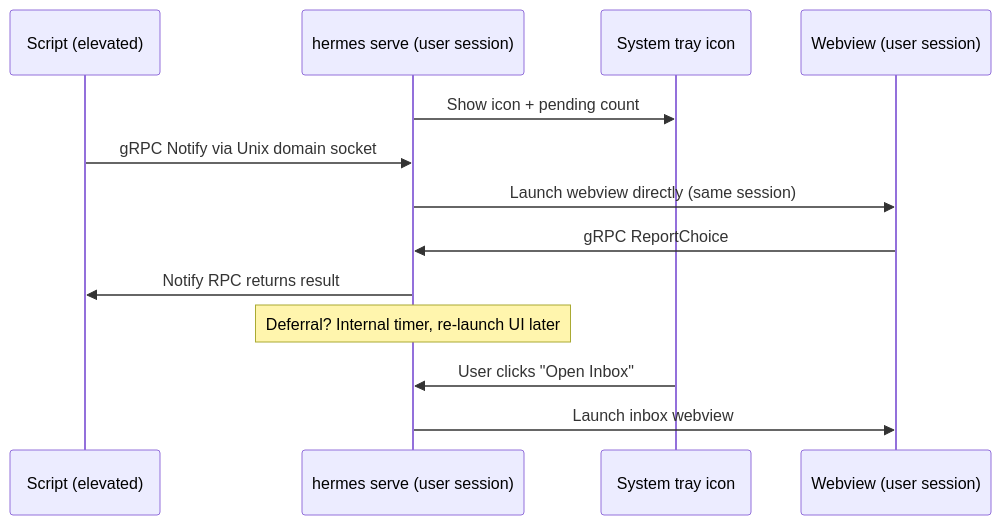
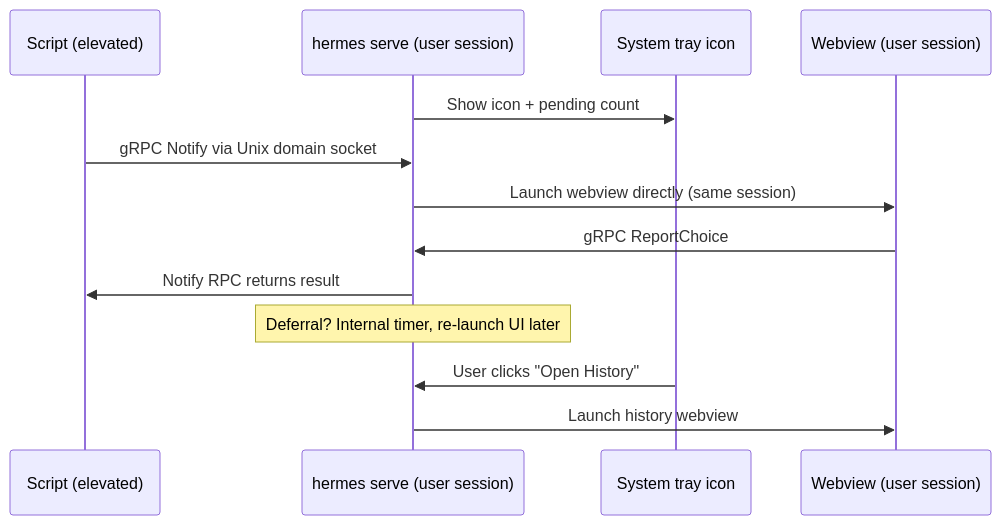
One commit to TsekNet/hermes changed the diagram in docs/architecture.md. Above: the diagram before and after it, drawn with Mermaid. The commit also changed other lines of this file and 28 other files, not shown here.

First line of the commit message:
refactor: Rename inbox to history across entire codebase

````diff
--- a/docs/architecture.md
+++ b/docs/architecture.md
@@ -25,16 +25,16 @@
 ```mermaid
 sequenceDiagram
     participant Script as Script (elevated)
     participant Service as hermes serve (user session)
     participant Tray as System tray icon
     participant UI as Webview (user session)
 
     Service->>Tray: Show icon + pending count
     Script->>Service: gRPC Notify via Unix domain socket
     Service->>UI: Launch webview directly (same session)
     UI->>Service: gRPC ReportChoice
     Service->>Script: Notify RPC returns result
     Note over Service: Deferral? Internal timer, re-launch UI later
-    Tray->>Service: User clicks "Open Inbox"
-    Service->>UI: Launch inbox webview
+    Tray->>Service: User clicks "Open History"
+    Service->>UI: Launch history webview
 ```
````
